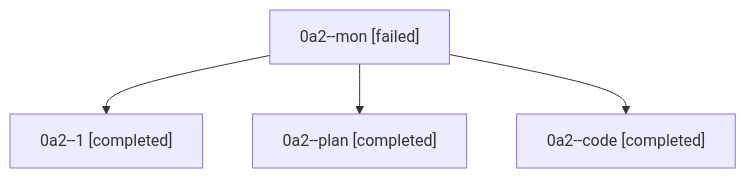
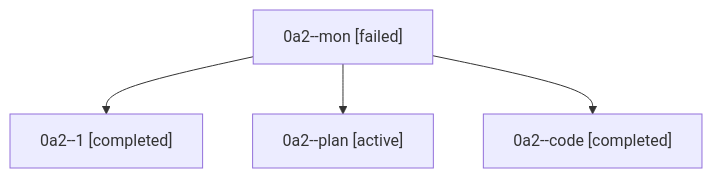
One commit to sase-org/sase--agents changed the diagram in families/bbugyi200.athena.0a2.md. Above: the diagram before and after it, drawn with Mermaid. The commit also changed other lines of this file and 35830 other files, not shown here.

````diff
--- a/families/bbugyi200.athena.0a2.md
+++ b/families/bbugyi200.athena.0a2.md
@@ -9,10 +9,10 @@
 ```mermaid
 flowchart TD
   n0["0a2--mon [failed]"]
   n1["0a2--1 [completed]"]
   n0 --> n1
-  n2["0a2--plan [completed]"]
+  n2["0a2--plan [active]"]
   n0 --> n2
   n3["0a2--code [completed]"]
   n0 --> n3
 ```
````
